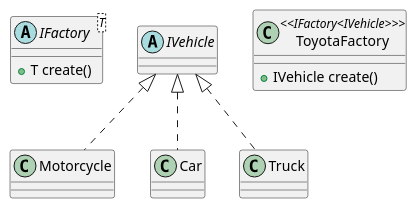
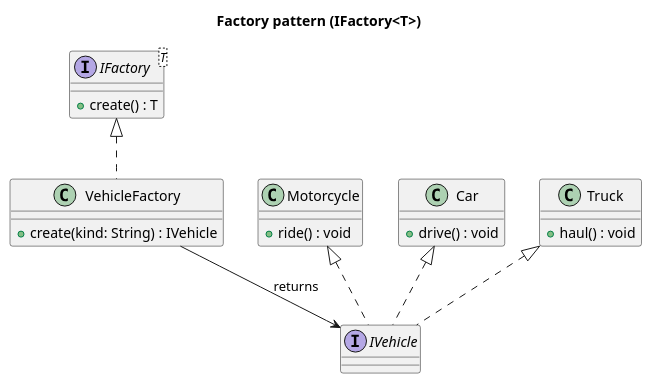
The diagram in .docs/uml/factory.puml (buzzysin/playground), drawn with PlantUML before and after one commit. The commit also changed 6 other files, not shown here.

Commit message:
feat: add UML diagrams for Adapter, Builder, and Factory design patterns; update main.tex with Haskell example

```diff
--- a/.docs/uml/factory.puml
+++ b/.docs/uml/factory.puml
@@ -1,17 +1,32 @@
-@startuml factory
-
-abstract IFactory<T> {
-    +T create()
+@startuml Factory
+title Factory pattern (IFactory<T>)
+interface "IFactory<T>" as IFactory_T {
+    +create() : T
 }
 
-abstract IVehicle {}
+interface IVehicle {}
 
-class Motorcycle implements IVehicle {}
-class Car implements IVehicle {}
-class Truck implements IVehicle {}
-
-class ToyotaFactory <<IFactory<IVehicle>>> {
-    +IVehicle create()
+class Motorcycle {
+    +ride() : void
 }
 
+class Car {
+    +drive() : void
+}
+
+class Truck {
+    +haul() : void
+}
+
+
+class VehicleFactory {
+    +create(kind: String) : IVehicle
+}
+
+IFactory_T <|.. VehicleFactory
+VehicleFactory --> IVehicle : returns
+Motorcycle <|.. IVehicle
+Car <|.. IVehicle
+Truck <|.. IVehicle
+
 @enduml
```
